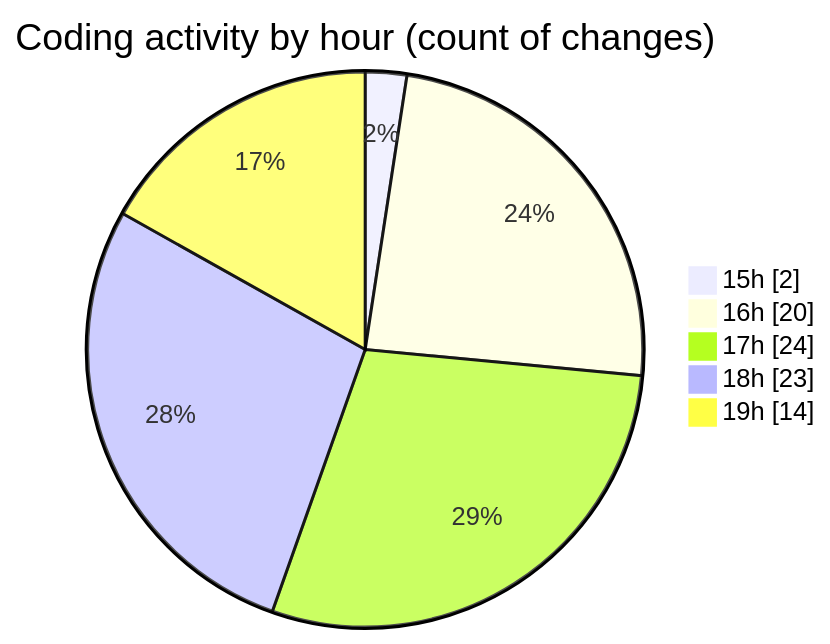
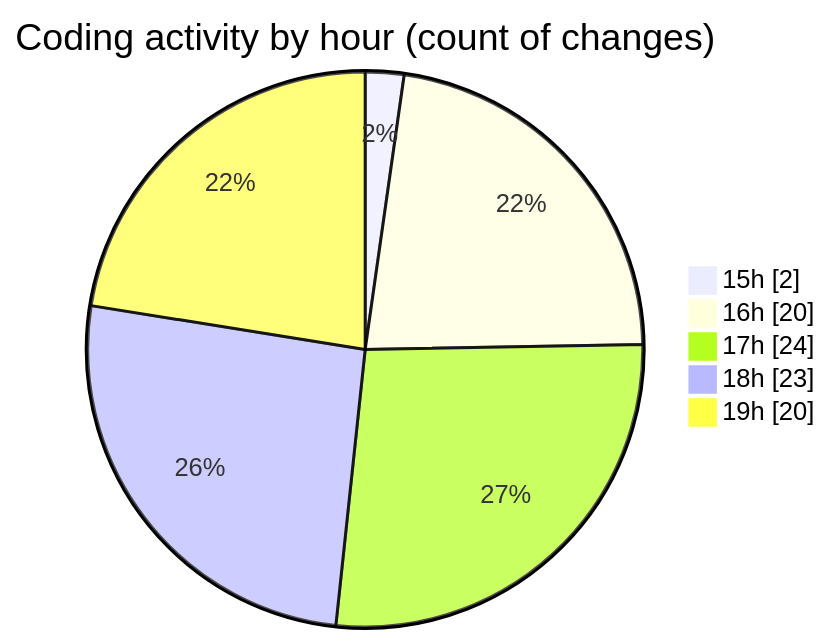
Before and after one commit to nxtqubesakshisongat/code-tracking: the second of 2 diagrams in 2025-08-09/nxtqube_webapp/README.md, drawn with Mermaid. The commit also changed other lines of this file and 1 other file, not shown here.

````diff
--- a/2025-08-09/nxtqube_webapp/README.md
+++ b/2025-08-09/nxtqube_webapp/README.md
@@ -32,9 +32,9 @@
 ```mermaid
 pie showData
 title Coding activity by hour (count of changes)
 "15h" : 2
 "16h" : 20
 "17h" : 24
 "18h" : 23
-"19h" : 14
+"19h" : 20
 ```
````
